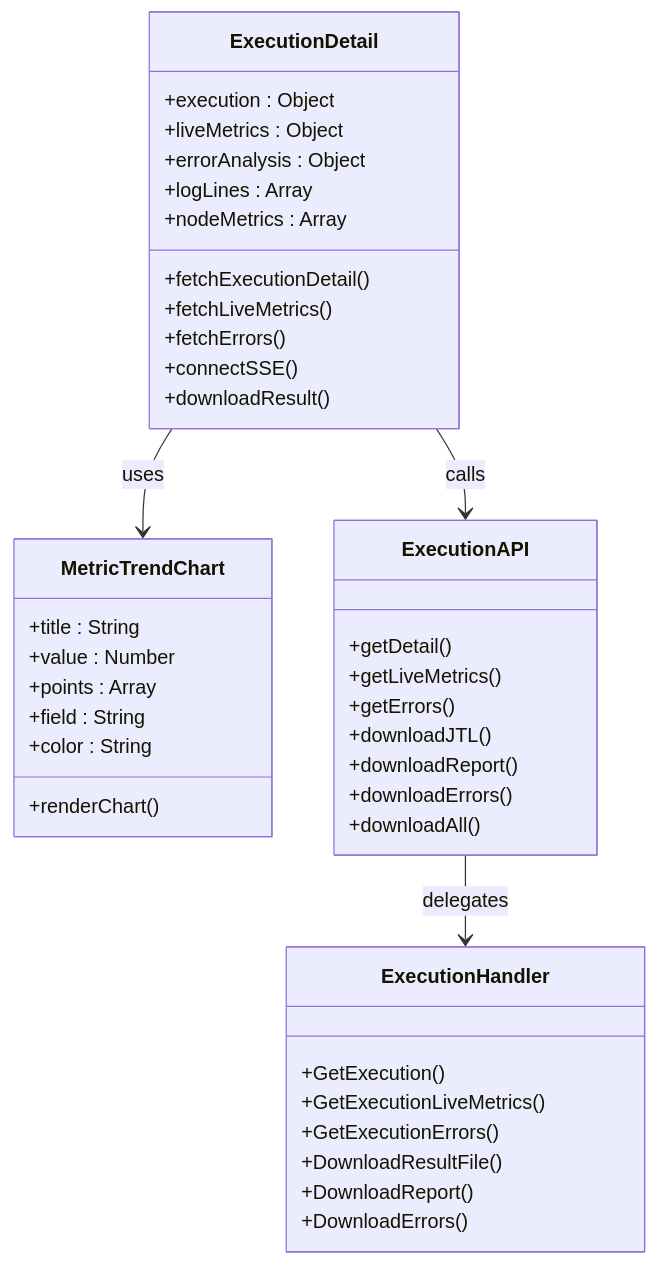
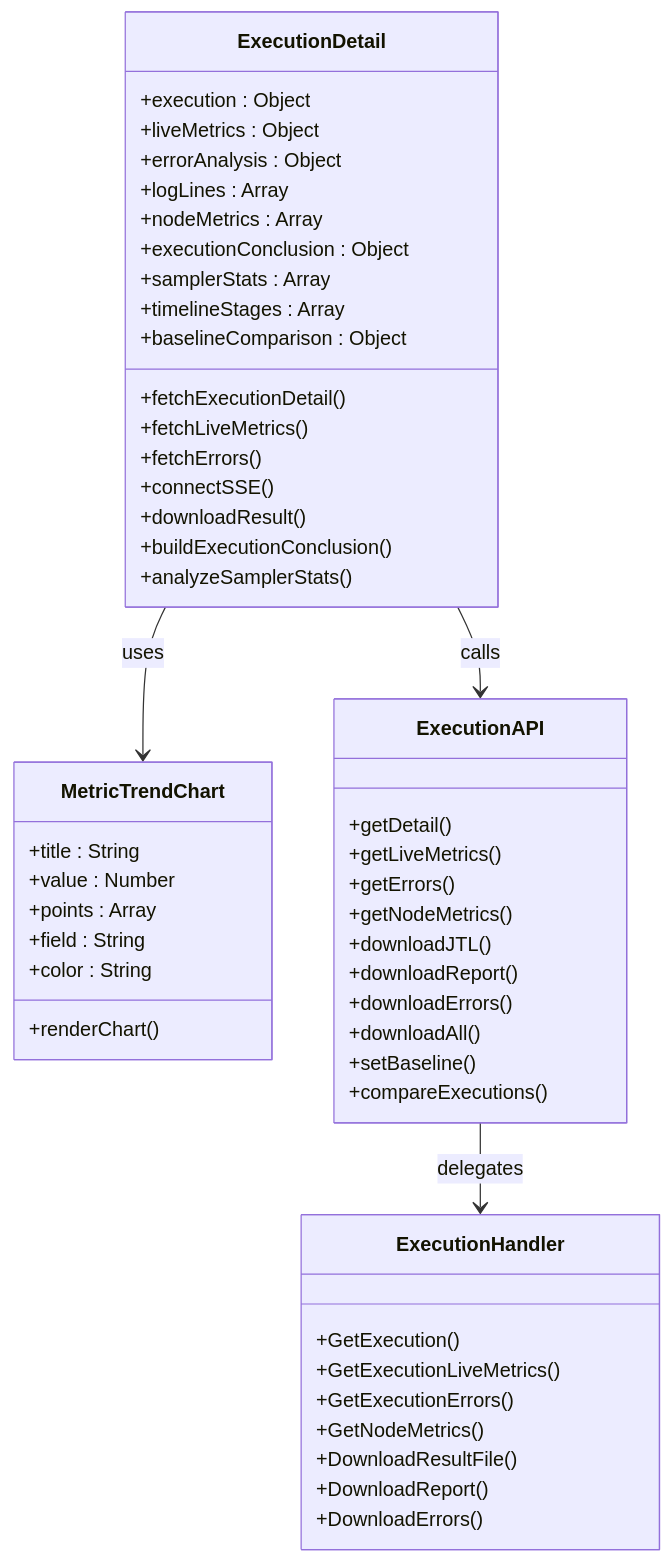
The second of 23 diagrams in .qoder/repowiki/zh/content/Execution Detail View.md (Liyuhao02/Jmeter-Admin), drawn with Mermaid before and after one commit. The commit also changed other lines of this file and 13 other files, not shown here.

````diff
--- a/.qoder/repowiki/zh/content/Execution Detail View.md
+++ b/.qoder/repowiki/zh/content/Execution Detail View.md
@@ -87,43 +98,53 @@
 ```mermaid
 classDiagram
 class ExecutionDetail {
 +execution : Object
 +liveMetrics : Object
 +errorAnalysis : Object
 +logLines : Array
 +nodeMetrics : Array
++executionConclusion : Object
++samplerStats : Array
++timelineStages : Array
++baselineComparison : Object
 +fetchExecutionDetail()
 +fetchLiveMetrics()
 +fetchErrors()
 +connectSSE()
 +downloadResult()
++buildExecutionConclusion()
++analyzeSamplerStats()
 }
 class MetricTrendChart {
 +title : String
 +value : Number
 +points : Array
 +field : String
 +color : String
 +renderChart()
 }
 class ExecutionAPI {
 +getDetail()
 +getLiveMetrics()
 +getErrors()
++getNodeMetrics()
 +downloadJTL()
 +downloadReport()
 +downloadErrors()
 +downloadAll()
++setBaseline()
++compareExecutions()
 }
 class ExecutionHandler {
 +GetExecution()
 +GetExecutionLiveMetrics()
 +GetExecutionErrors()
++GetNodeMetrics()
 +DownloadResultFile()
 +DownloadReport()
 +DownloadErrors()
 }
 ExecutionDetail --> MetricTrendChart : uses
 ExecutionDetail --> ExecutionAPI : calls
 ExecutionAPI --> ExecutionHandler : delegates
 ```
````
